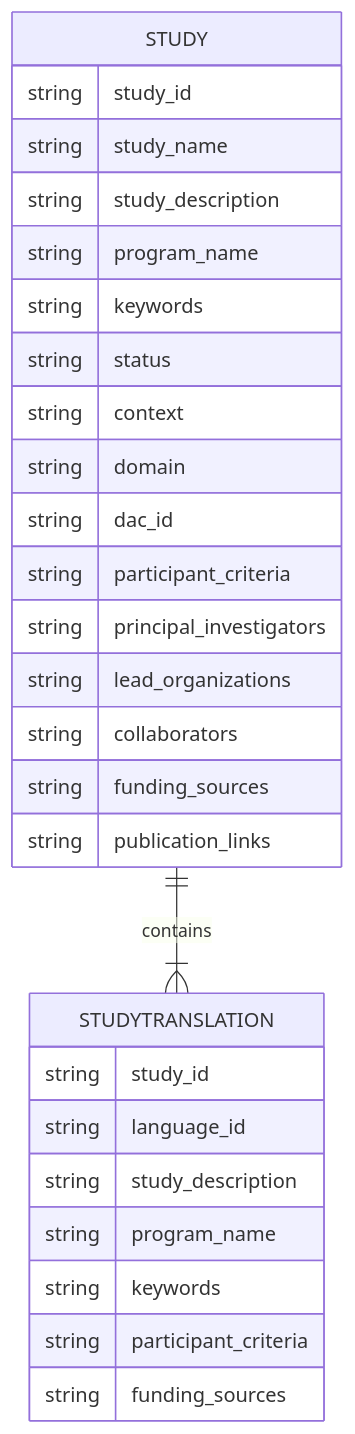
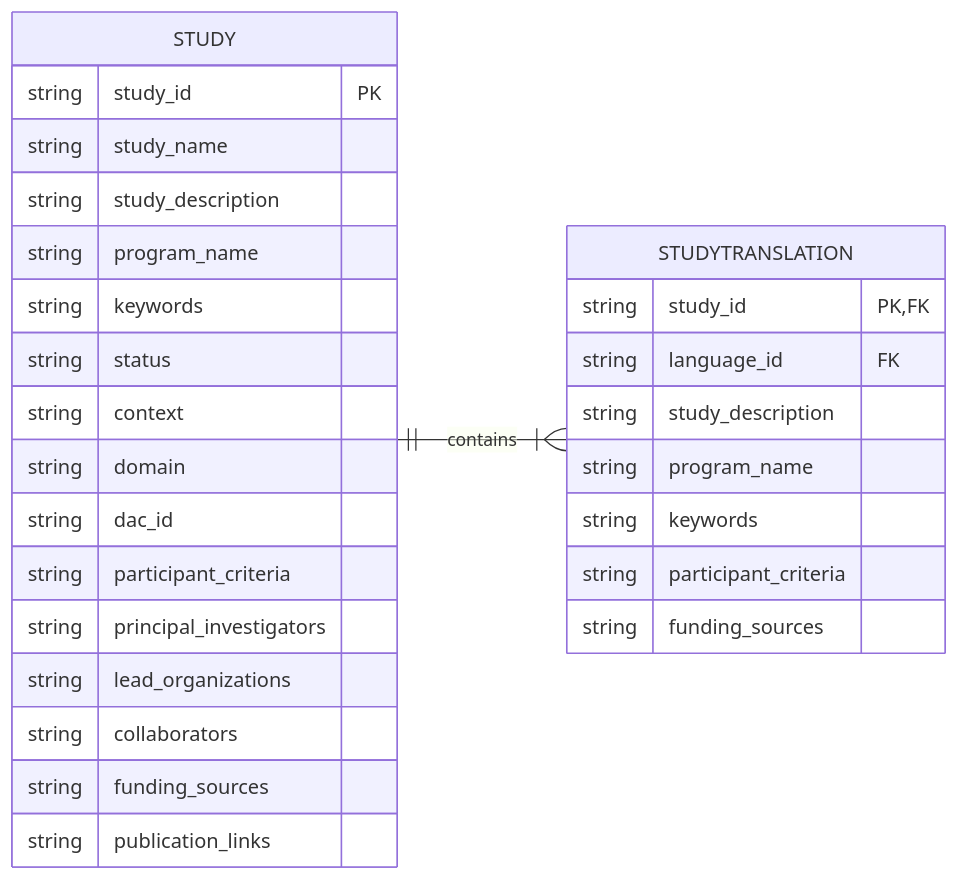
The diagram in design_decisions/study_localization.md (Pan-Canadian-Genome-Library/documentation), drawn with Mermaid before and after one commit.

Commit message:
Updated ER diagram

````diff
--- a/design_decisions/study_localization.md
+++ b/design_decisions/study_localization.md
@@ -25,31 +25,31 @@
 ```mermaid
   erDiagram
- 
+    direction LR 
     STUDY||--|{ STUDYTRANSLATION :contains
     STUDY {
-    	string study_id
+    	string study_id PK
     	string study_name
         string study_description
         string program_name
         string keywords
         string status
         string context
         string domain
         string dac_id
         string participant_criteria
         string principal_investigators
         string lead_organizations
         string collaborators
         string funding_sources
         string publication_links
     }
     STUDYTRANSLATION {
-       string study_id
-       string language_id
+       string study_id PK, FK
+       string language_id FK
        string study_description
        string program_name
        string keywords
        string participant_criteria
        string funding_sources
     }
 ```
````
